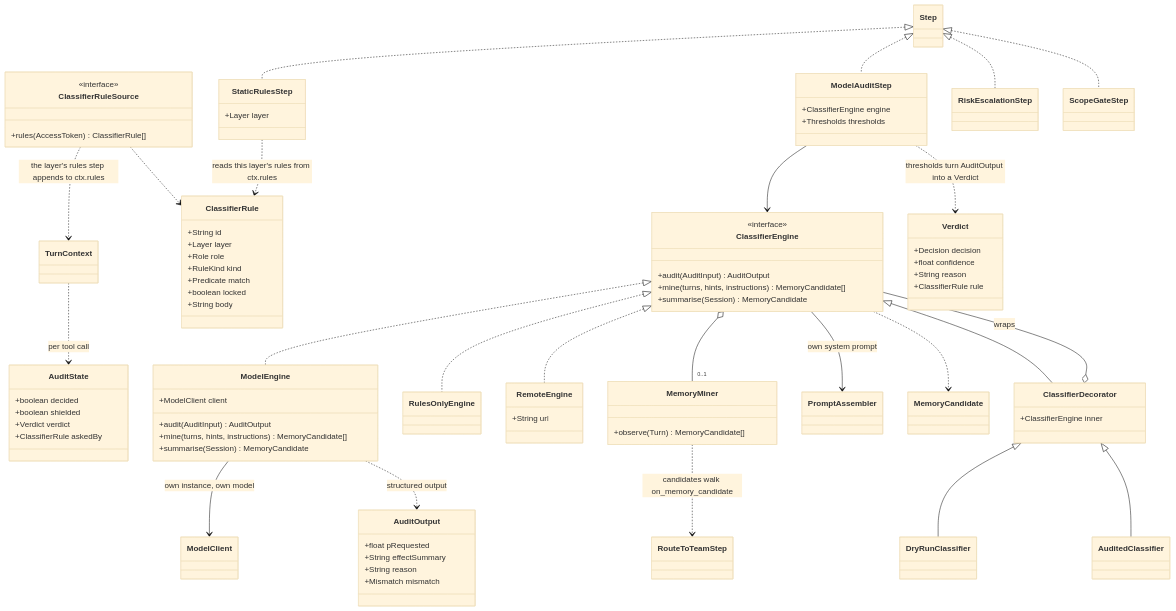
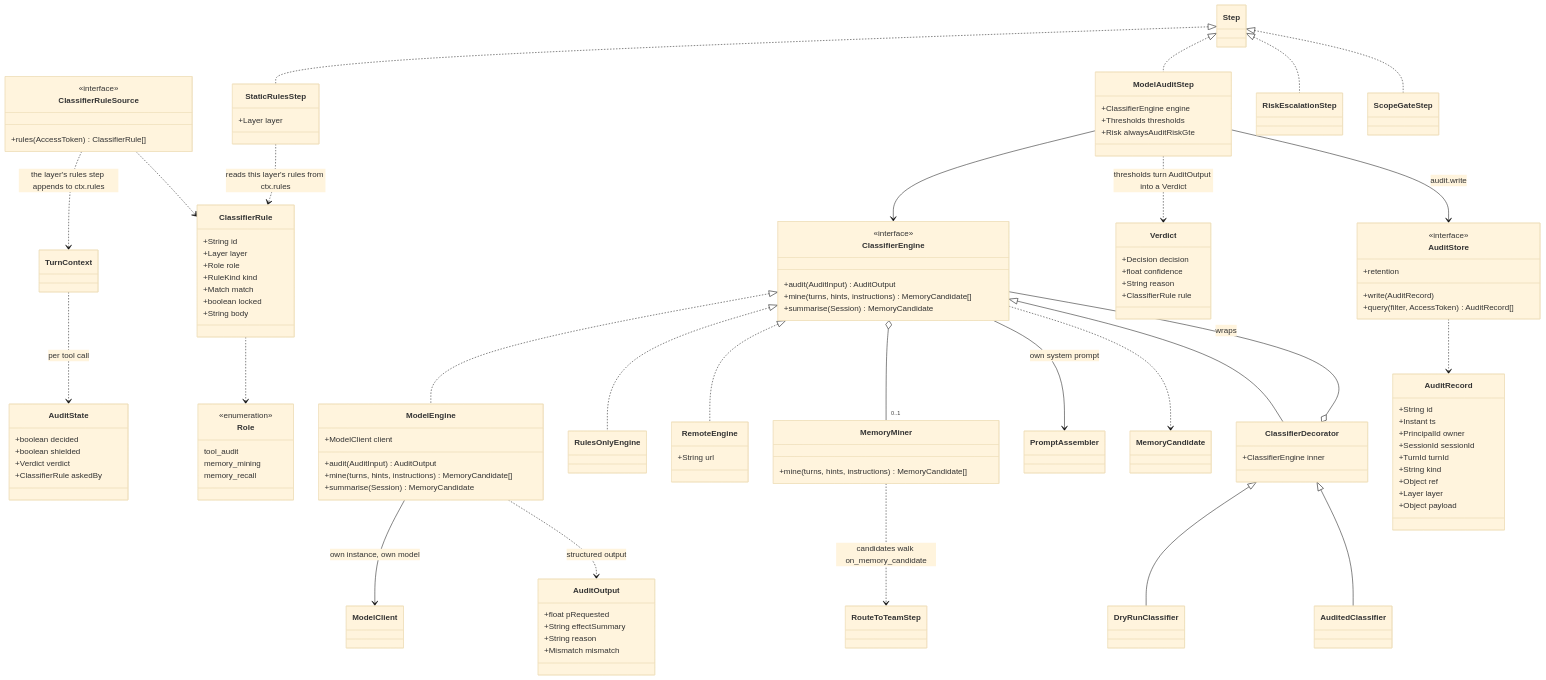
One commit to jstormes/QuickAI2 changed the sixth of 7 diagrams in design/06-object-model.md. Above: the diagram before and after it, drawn with Mermaid (base theme). The commit also changed other lines of this file and 21 other files, not shown here.

First line of the commit message:
Re-audit fixes: everything except the four owner decisions

```diff
--- a/design/06-object-model.md
+++ b/design/06-object-model.md
@@ -676,9 +764,32 @@
         +Layer layer
         +Role role
         +RuleKind kind
-        +Predicate match
+        +Match match
         +boolean locked
         +String body
+    }
+    class Role {
+        <<enumeration>>
+        tool_audit
+        memory_mining
+        memory_recall
+    }
+    class AuditStore {
+        <<interface>>
+        +write(AuditRecord)
+        +query(filter, AccessToken) AuditRecord[]
+        +retention
+    }
+    class AuditRecord {
+        +String id
+        +Instant ts
+        +PrincipalId owner
+        +SessionId sessionId
+        +TurnId turnId
+        +String kind
+        +Object ref
+        +Layer layer
+        +Object payload
     }
     class ClassifierRuleSource {
         <<interface>>
@@ -690,6 +801,7 @@
     class ModelAuditStep {
         +ClassifierEngine engine
         +Thresholds thresholds
+        +Risk alwaysAuditRiskGte
     }
     class RiskEscalationStep
     class ScopeGateStep
@@ -716,7 +828,7 @@
         +Mismatch mismatch
     }
     class MemoryMiner {
-        +observe(Turn) MemoryCandidate[]
+        +mine(turns, hints, instructions) MemoryCandidate[]
     }
     class Verdict {
         +Decision decision
@@ -734,6 +846,9 @@
     StaticRulesStep ..> ClassifierRule : reads this layer's rules from ctx.rules
     ModelAuditStep --> ClassifierEngine
     ModelAuditStep ..> Verdict : thresholds turn AuditOutput into a Verdict
+    ModelAuditStep --> AuditStore : audit.write
+    AuditStore ..> AuditRecord
+    ClassifierRule ..> Role
     Step <|.. StaticRulesStep
     Step <|.. ModelAuditStep
     ClassifierEngine <|.. ModelEngine
```
